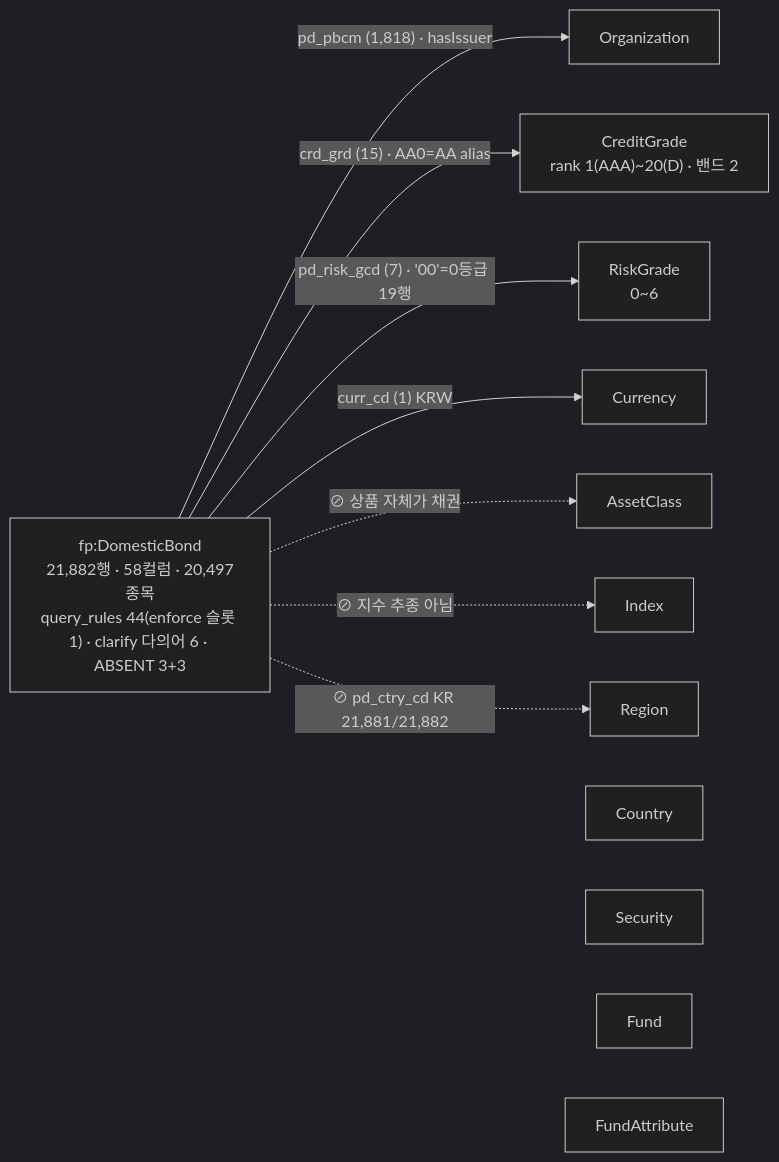
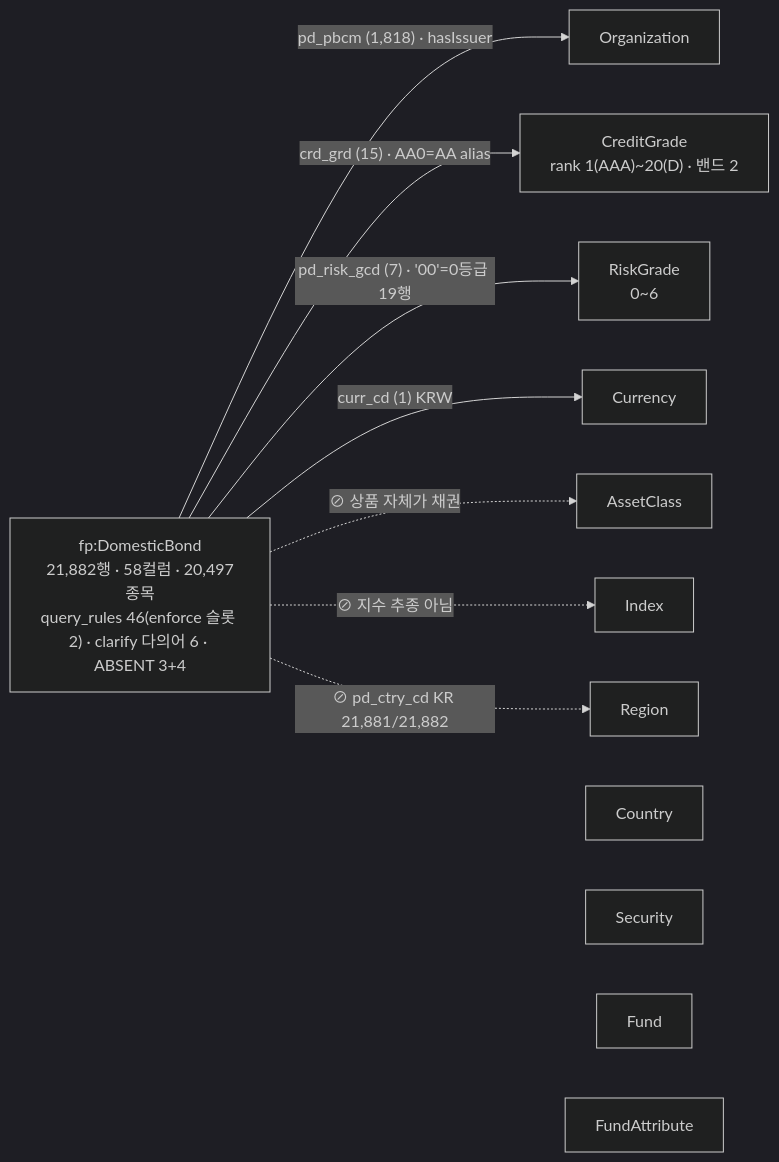
The diagram in docs/기술제안서/04_도메인_채권.md (Song-exp/miraeassetfesta), drawn with Mermaid (dark theme) before and after one commit. The commit also changed other lines of this file and 2 other files, not shown here.

````diff
--- a/docs/기술제안서/04_도메인_채권.md
+++ b/docs/기술제안서/04_도메인_채권.md
@@ -78,13 +78,13 @@
 ```mermaid
 flowchart LR
-  B["fp:DomesticBond<br/>21,882행 · 58컬럼 · 20,497종목<br/>query_rules 44(enforce 슬롯 1) · clarify 다의어 6 · ABSENT 3+3"]
+  B["fp:DomesticBond<br/>21,882행 · 58컬럼 · 20,497종목<br/>query_rules 46(enforce 슬롯 2) · clarify 다의어 6 · ABSENT 3+4"]
   ORG[Organization]; CG["CreditGrade<br/>rank 1(AAA)~20(D) · 밴드 2"]; RG["RiskGrade<br/>0~6"]; AC[AssetClass]; IDX[Index]; REG[Region]; CTY[Country]; CUR[Currency]; SEC[Security]; FND[Fund]; FA[FundAttribute]
   B -- "pd_pbcm (1,818) · hasIssuer" --> ORG
   B -- "crd_grd (15) · AA0=AA alias" --> CG
   B -- "pd_risk_gcd (7) · '00'=0등급 19행" --> RG
   B -- "curr_cd (1) KRW" --> CUR
   B -. "⊘ 상품 자체가 채권" .-> AC
   B -. "⊘ 지수 추종 아님" .-> IDX
   B -. "⊘ pd_ctry_cd KR 21,881/21,882" .-> REG
   B ~~~ CTY; B ~~~ SEC; B ~~~ FND; B ~~~ FA
 ```
````
